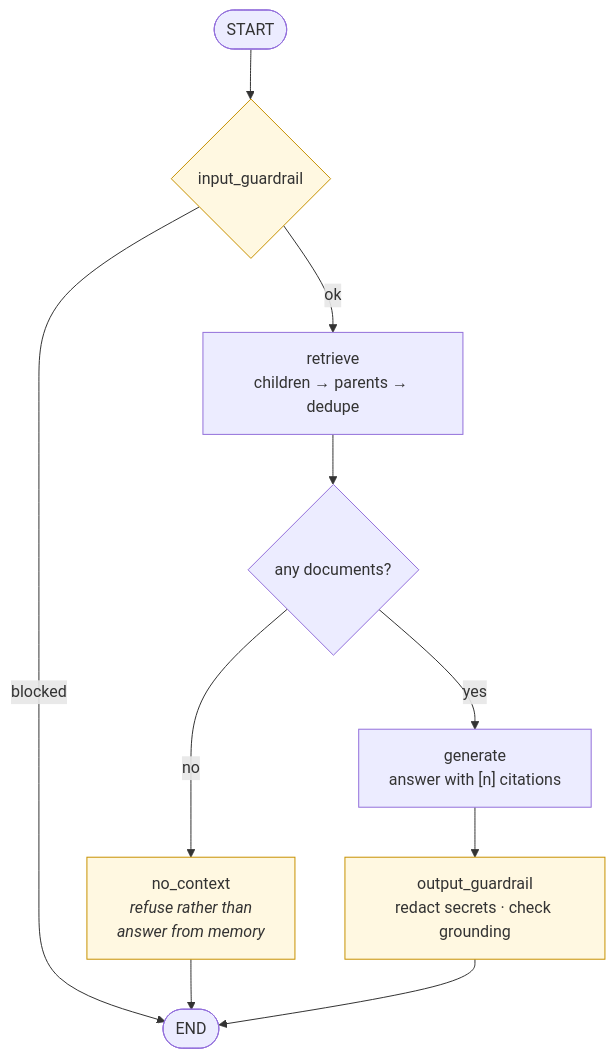
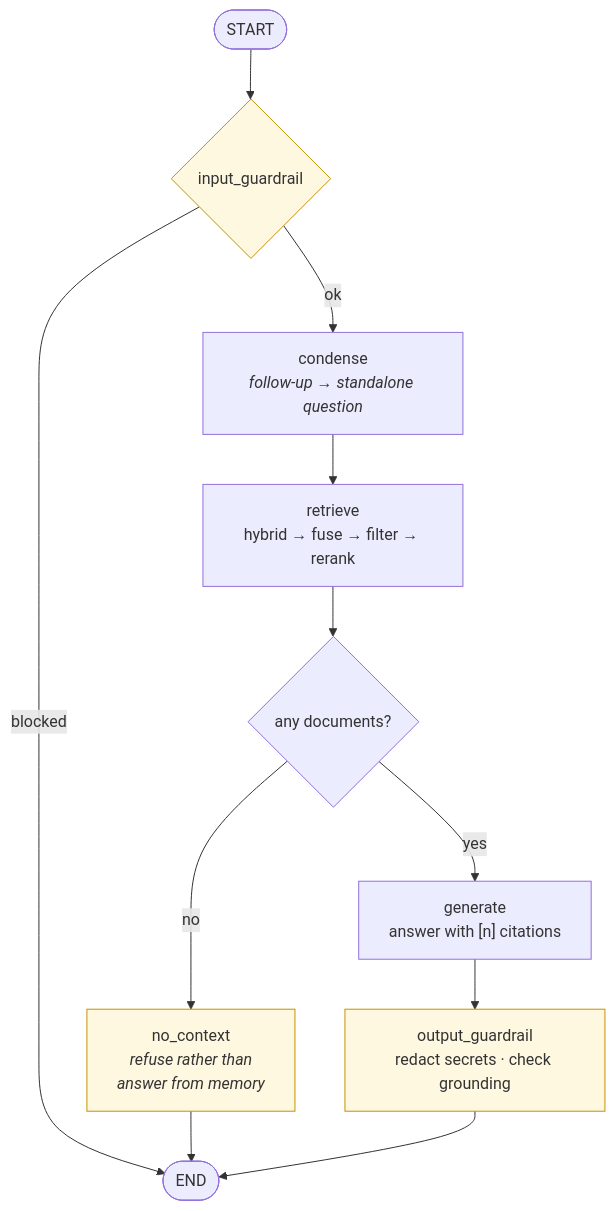
Before and after one commit to AkshayJaitly/langchain-rag-assistant: the third of 6 diagrams in README.md, drawn with Mermaid. The commit also changed other lines of this file and 38 other files, not shown here.

````diff
--- a/README.md
+++ b/README.md
@@ -118,15 +132,16 @@
 ```mermaid
 flowchart TB
     S([START]) --> IG{"input_guardrail"}
     IG -- "blocked" --> E([END])
-    IG -- "ok" --> R["retrieve<br/>children → parents → dedupe"]
+    IG -- "ok" --> C["condense<br/><i>follow-up → standalone question</i>"]
+    C --> R["retrieve<br/>hybrid → fuse → filter → rerank"]
     R --> ANY{"any documents?"}
     ANY -- "no" --> NC["no_context<br/><i>refuse rather than<br/>answer from memory</i>"]
     ANY -- "yes" --> G["generate<br/>answer with [n] citations"]
     G --> OG["output_guardrail<br/>redact secrets · check grounding"]
     NC --> E
     OG --> E
 
     classDef guard fill:#fff8e1,stroke:#c79100
     class IG,OG,NC guard
 ```
````
